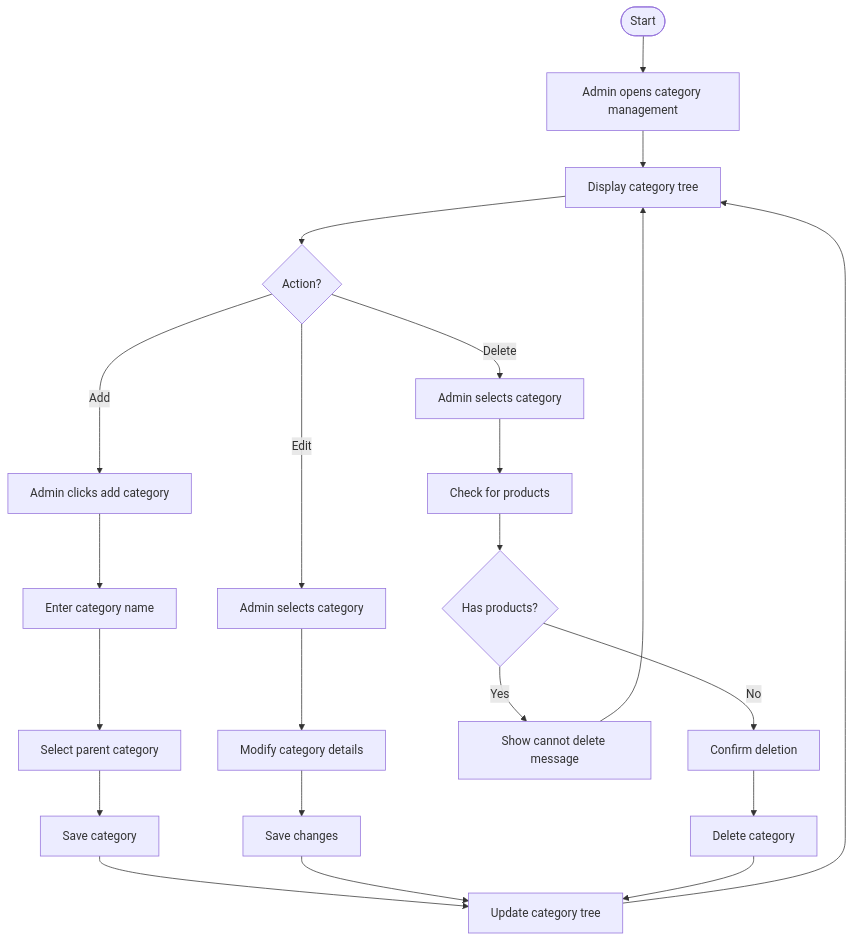
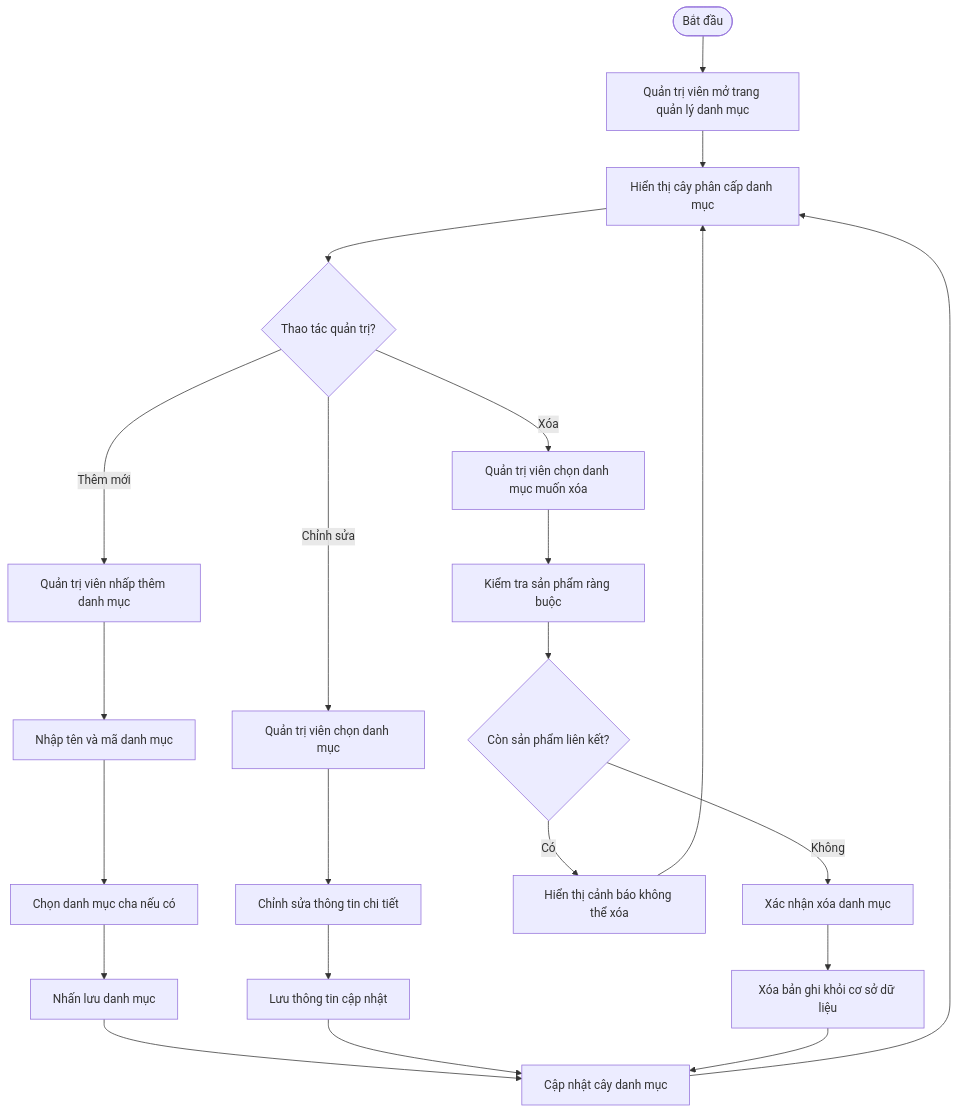
One commit to DanhTrannn/TLCN changed diagram 13 of 57 in docs/design-analysis/OOSAD_ANALYSIS.md. Above: the diagram before and after it, drawn with Mermaid. The commit also changed other lines of this file, not shown here.

````diff
--- a/docs/design-analysis/OOSAD_ANALYSIS.md
+++ b/docs/design-analysis/OOSAD_ANALYSIS.md
@@ -972,27 +974,27 @@
 ```mermaid
 flowchart TD
-    Start([Start]) --> A[Admin opens category management]
-    A --> B[Display category tree]
-    B --> C{Action?}
+    Start([Bắt đầu]) --> A[Quản trị viên mở trang quản lý danh mục]
+    A --> B[Hiển thị cây phân cấp danh mục]
+    B --> C{Thao tác quản trị?}
     
-    C -->|Add| D[Admin clicks add category]
-    D --> E[Enter category name]
-    E --> F[Select parent category]
-    F --> G[Save category]
-    G --> H[Update category tree]
+    C -->|Thêm mới| D[Quản trị viên nhấp thêm danh mục]
+    D --> E[Nhập tên và mã danh mục]
+    E --> F[Chọn danh mục cha nếu có]
+    F --> G[Nhấn lưu danh mục]
+    G --> H[Cập nhật cây danh mục]
     H --> B
     
-    C -->|Edit| I[Admin selects category]
-    I --> J[Modify category details]
-    J --> K[Save changes]
+    C -->|Chỉnh sửa| I[Quản trị viên chọn danh mục]
+    I --> J[Chỉnh sửa thông tin chi tiết]
+    J --> K[Lưu thông tin cập nhật]
     K --> H
     
-    C -->|Delete| L[Admin selects category]
-    L --> M[Check for products]
-    M --> N{Has products?}
-    N -->|Yes| O[Show cannot delete message]
+    C -->|Xóa| L[Quản trị viên chọn danh mục muốn xóa]
+    L --> M[Kiểm tra sản phẩm ràng buộc]
+    M --> N{Còn sản phẩm liên kết?}
+    N -->|Có| O[Hiển thị cảnh báo không thể xóa]
     O --> B
-    N -->|No| P[Confirm deletion]
-    P --> Q[Delete category]
+    N -->|Không| P[Xác nhận xóa danh mục]
+    P --> Q[Xóa bản ghi khỏi cơ sở dữ liệu]
     Q --> H
 ```
````
